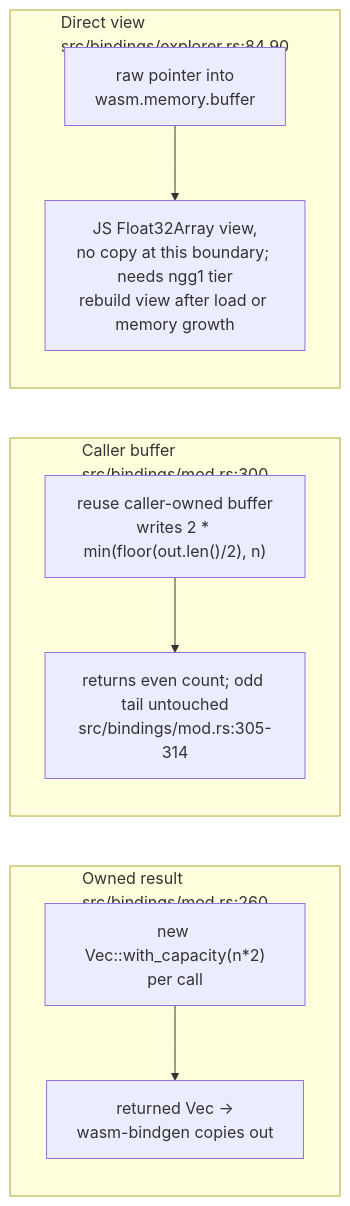
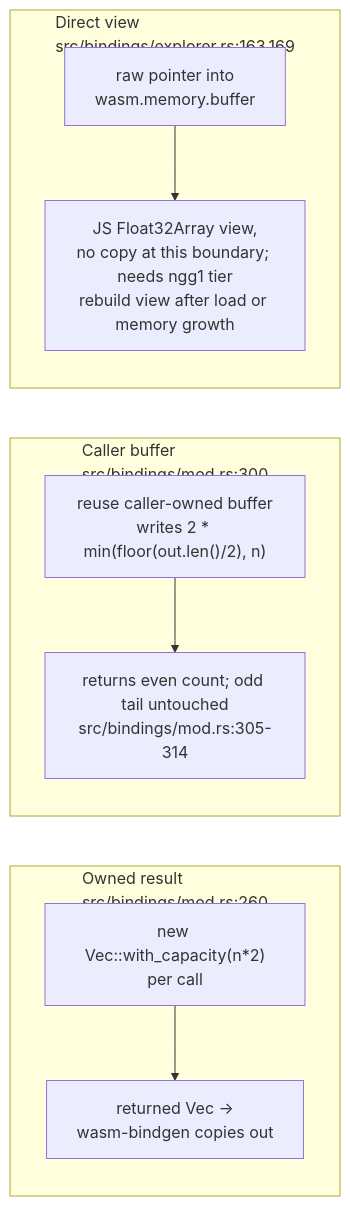
Before and after one commit to DreamLab-AI/VisionFlow: the second of 8 diagrams in docs/diagrams/vowl-wasm/04-js-api-examples-and-consumers.md, drawn with Mermaid. The commit also changed other lines of this file and 48 other files, not shown here.

Commit message:
docs: reconcile estate repairs and first diagram refresh batch

````diff
--- a/docs/diagrams/vowl-wasm/04-js-api-examples-and-consumers.md
+++ b/docs/diagrams/vowl-wasm/04-js-api-examples-and-consumers.md
@@ -50,12 +50,12 @@
 ```mermaid
 flowchart LR
     subgraph Alloc["Owned result<br/>src/bindings/mod.rs:260"]
         A1["new Vec::with_capacity(n*2)<br/>per call"] --> A2["returned Vec<f32> →<br/>wasm-bindgen copies out"]
     end
     subgraph Reuse["Caller buffer<br/>src/bindings/mod.rs:300"]
         B1["reuse caller-owned buffer<br/>writes 2 * min(floor(out.len()/2), n)"] --> B2["returns even count; odd tail untouched<br/>src/bindings/mod.rs:305-314"]
     end
-    subgraph ZeroCopy["Direct view<br/>src/bindings/explorer.rs:84,90"]
+    subgraph ZeroCopy["Direct view<br/>src/bindings/explorer.rs:163,169"]
         C1["raw pointer into<br/>wasm.memory.buffer"] --> C2["JS Float32Array view,<br/>no copy at this boundary; needs ngg1 tier<br/>rebuild view after load or memory growth"]
     end
 ```
````
